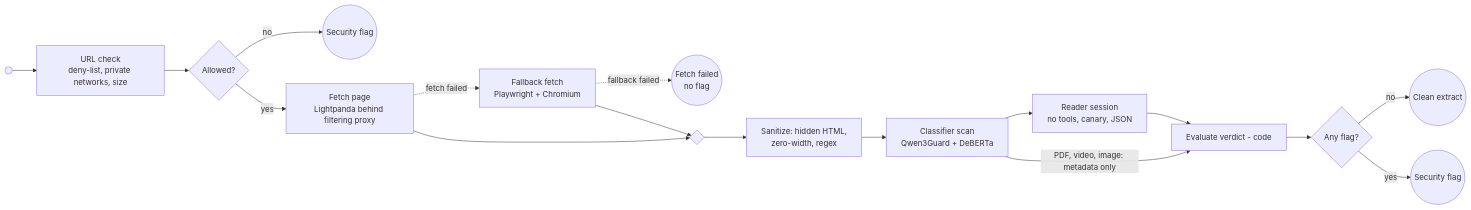
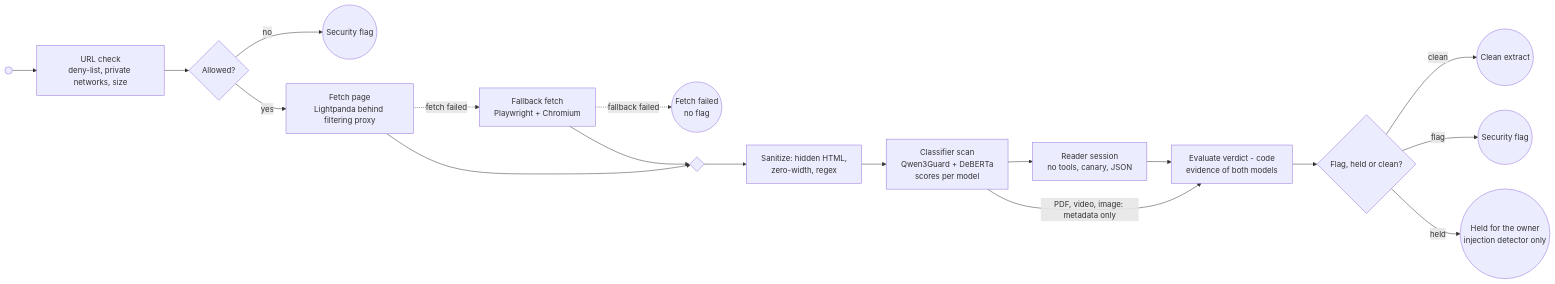
One commit to zskreisz01/pkpipe changed the diagram in docs/process/secure-fetch.md. Above: the diagram before and after it, drawn with Mermaid. The commit also changed other lines of this file and 57 other files, not shown here.

First line of the commit message:
feat(security): classifier evidence in every flag and a review hold for injection-detector-only warnings (spec 029)

````diff
--- a/docs/process/secure-fetch.md
+++ b/docs/process/secure-fetch.md
@@ -12,14 +12,15 @@
 ```mermaid
 flowchart LR
     s(( )) --> url[URL check<br/>deny-list, private networks, size] --> g1{Allowed?}
     g1 -- no --> f1((Security flag))
     g1 -- yes --> fe[Fetch page<br/>Lightpanda behind filtering proxy]
     fe -. fetch failed .-> fb[Fallback fetch<br/>Playwright + Chromium]
     fb -. fallback failed .-> ff((Fetch failed<br/>no flag))
     fe --> gm{ }
     fb --> gm
-    gm --> cl[Sanitize: hidden HTML,<br/>zero-width, regex] --> pg[Classifier scan<br/>Qwen3Guard + DeBERTa] --> rd[Reader session<br/>no tools, canary, JSON] --> vd[Evaluate verdict - code] --> g2{Any flag?}
+    gm --> cl[Sanitize: hidden HTML,<br/>zero-width, regex] --> pg[Classifier scan<br/>Qwen3Guard + DeBERTa<br/>scores per model] --> rd[Reader session<br/>no tools, canary, JSON] --> vd[Evaluate verdict - code<br/>evidence of both models] --> g2{Flag, held or clean?}
     pg -- PDF, video, image: metadata only --> vd
-    g2 -- no --> ok((Clean extract))
-    g2 -- yes --> f2((Security flag))
+    g2 -- clean --> ok((Clean extract))
+    g2 -- flag --> f2((Security flag))
+    g2 -- held --> hd((Held for the owner<br/>injection detector only))
 ```
````
